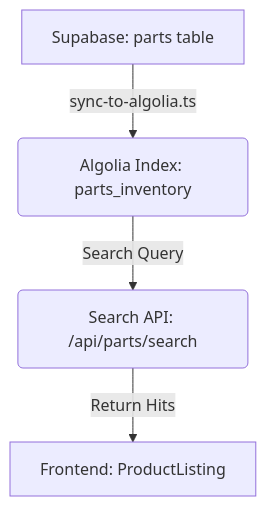
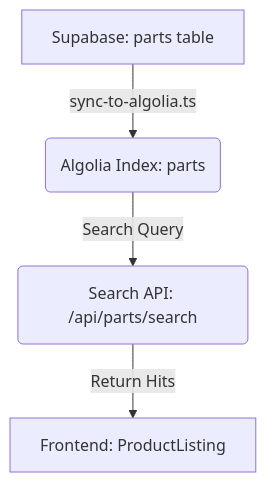
The diagram in docs/SEARCH_DATA_FLOW.md (jtanori/partspeddle-fe), drawn with Mermaid before and after one commit. The commit also changed other lines of this file and 49 other files, not shown here.

Commit message:
feat(search): consolidate architecture, decommission legacy index, and fix fetching

````diff
--- a/docs/SEARCH_DATA_FLOW.md
+++ b/docs/SEARCH_DATA_FLOW.md
@@ -5,6 +5,6 @@
 ```mermaid
 graph TD
-    A[Supabase: parts table] -->|sync-to-algolia.ts| B(Algolia Index: parts_inventory)
+    A[Supabase: parts table] -->|sync-to-algolia.ts| B(Algolia Index: parts)
     B -->|Search Query| C(Search API: /api/parts/search)
     C -->|Return Hits| D[Frontend: ProductListing]
 ```
````
